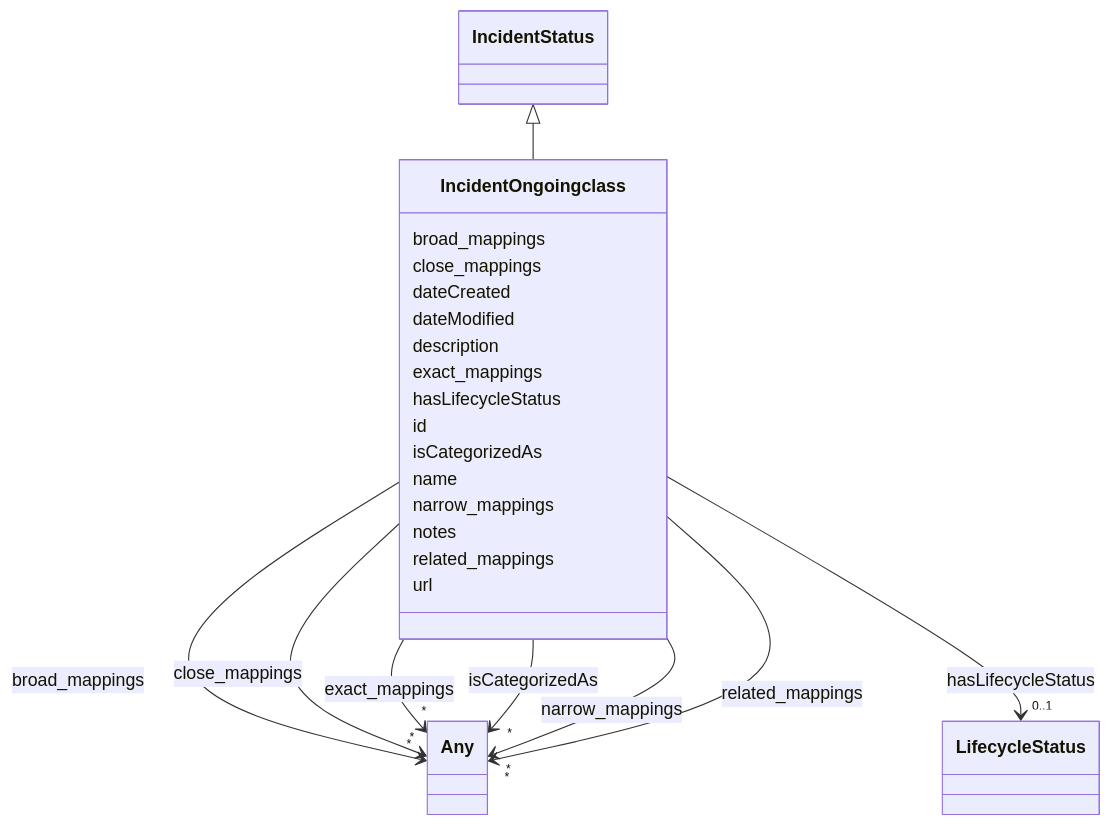
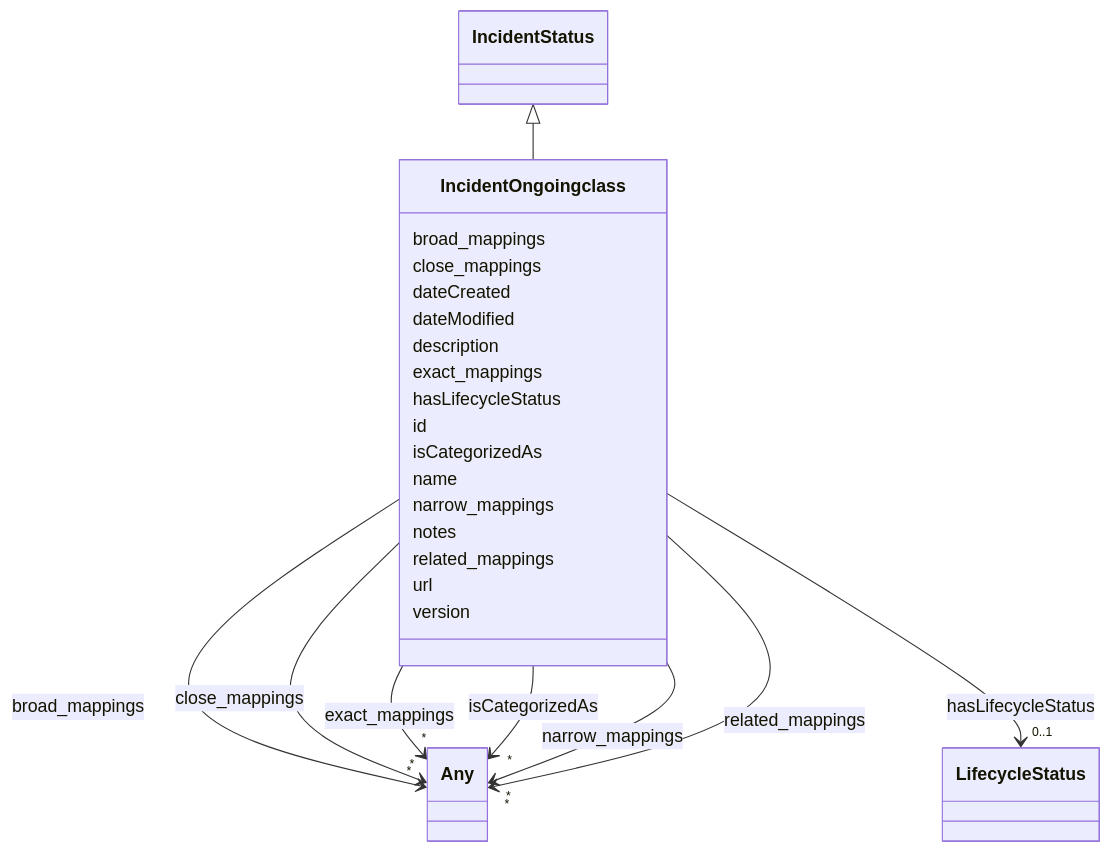
One commit to IBM/ai-atlas-nexus changed the diagram in docs/ontology/IncidentOngoingclass.md. Above: the diagram before and after it, drawn with Mermaid. The commit also changed other lines of this file and 101 other files, not shown here.

````diff
--- a/docs/ontology/IncidentOngoingclass.md
+++ b/docs/ontology/IncidentOngoingclass.md
@@ -107,5 +107,7 @@
 
       IncidentOngoingclass : url
 
+      IncidentOngoingclass : version
+
 
 ```
````
